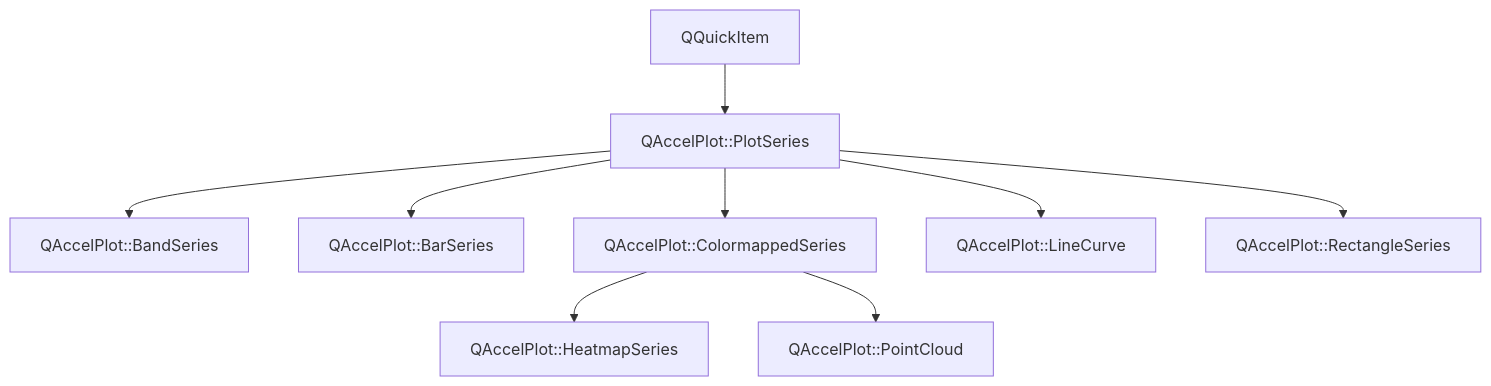
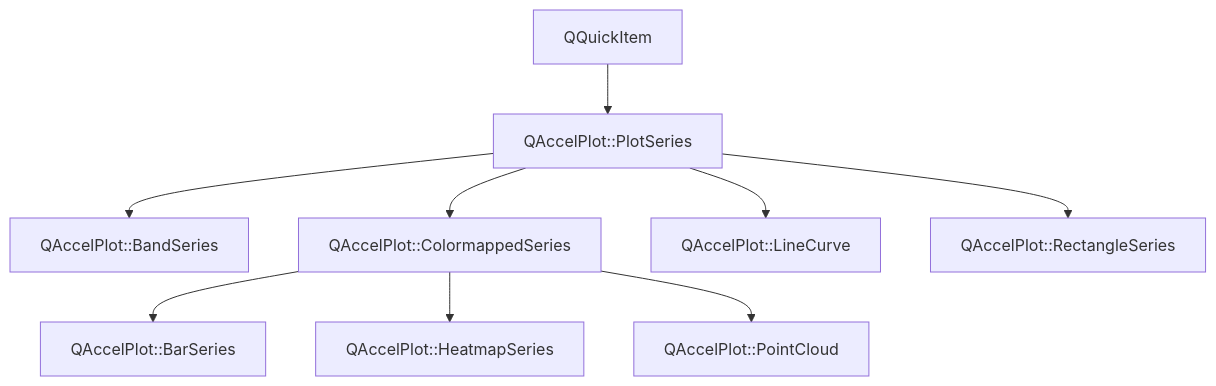
Before and after one commit to michalgrabarczyk/QAccelPlot: the diagram in main/assets/.doxy/QAccelPlot/api/classQAccelPlot_1_1PlotSeries.md, drawn with Mermaid. The commit also changed other lines of this file and 60 other files, not shown here.

````diff
--- a/main/assets/.doxy/QAccelPlot/api/classQAccelPlot_1_1PlotSeries.md
+++ b/main/assets/.doxy/QAccelPlot/api/classQAccelPlot_1_1PlotSeries.md
@@ -32,36 +32,36 @@
 ```mermaid
 flowchart TB
   classQAccelPlot_1_1PlotSeries["QAccelPlot::PlotSeries"]
 
   external_base_classQAccelPlot_1_1PlotSeries_1["QQuickItem"]
   external_base_classQAccelPlot_1_1PlotSeries_1 --> classQAccelPlot_1_1PlotSeries
 
   classQAccelPlot_1_1BandSeries["QAccelPlot::BandSeries"]
   classQAccelPlot_1_1PlotSeries --> classQAccelPlot_1_1BandSeries
   click classQAccelPlot_1_1BandSeries "../classQAccelPlot_1_1BandSeries/" "Open QAccelPlot::BandSeries"
 
-  classQAccelPlot_1_1BarSeries["QAccelPlot::BarSeries"]
-  classQAccelPlot_1_1PlotSeries --> classQAccelPlot_1_1BarSeries
-  click classQAccelPlot_1_1BarSeries "../classQAccelPlot_1_1BarSeries/" "Open QAccelPlot::BarSeries"
-
   classQAccelPlot_1_1ColormappedSeries["QAccelPlot::ColormappedSeries"]
   classQAccelPlot_1_1PlotSeries --> classQAccelPlot_1_1ColormappedSeries
   click classQAccelPlot_1_1ColormappedSeries "../classQAccelPlot_1_1ColormappedSeries/" "Open QAccelPlot::ColormappedSeries"
+
+  classQAccelPlot_1_1BarSeries["QAccelPlot::BarSeries"]
+  classQAccelPlot_1_1ColormappedSeries --> classQAccelPlot_1_1BarSeries
+  click classQAccelPlot_1_1BarSeries "../classQAccelPlot_1_1BarSeries/" "Open QAccelPlot::BarSeries"
 
   classQAccelPlot_1_1HeatmapSeries["QAccelPlot::HeatmapSeries"]
   classQAccelPlot_1_1ColormappedSeries --> classQAccelPlot_1_1HeatmapSeries
   click classQAccelPlot_1_1HeatmapSeries "../classQAccelPlot_1_1HeatmapSeries/" "Open QAccelPlot::HeatmapSeries"
 
   classQAccelPlot_1_1PointCloud["QAccelPlot::PointCloud"]
   classQAccelPlot_1_1ColormappedSeries --> classQAccelPlot_1_1PointCloud
   click classQAccelPlot_1_1PointCloud "../classQAccelPlot_1_1PointCloud/" "Open QAccelPlot::PointCloud"
 
   classQAccelPlot_1_1LineCurve["QAccelPlot::LineCurve"]
   classQAccelPlot_1_1PlotSeries --> classQAccelPlot_1_1LineCurve
   click classQAccelPlot_1_1LineCurve "../classQAccelPlot_1_1LineCurve/" "Open QAccelPlot::LineCurve"
 
   classQAccelPlot_1_1RectangleSeries["QAccelPlot::RectangleSeries"]
   classQAccelPlot_1_1PlotSeries --> classQAccelPlot_1_1RectangleSeries
   click classQAccelPlot_1_1RectangleSeries "../classQAccelPlot_1_1RectangleSeries/" "Open QAccelPlot::RectangleSeries"
 
 ```
````
